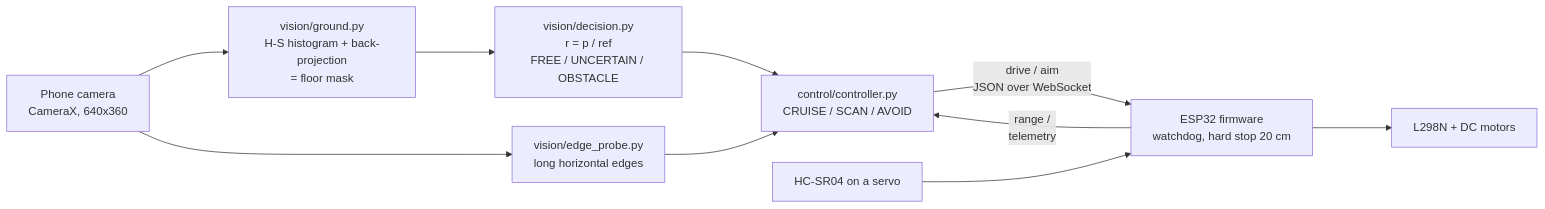
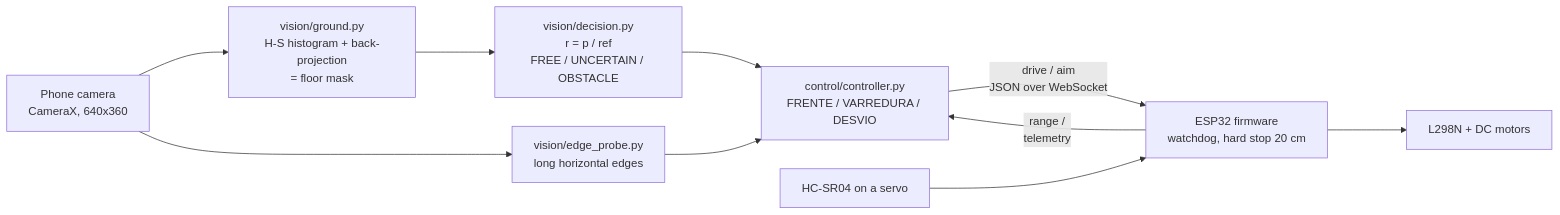
One commit to allvaret/esp32-self-driving-car changed the diagram in README.md. Above: the diagram before and after it, drawn with Mermaid. The commit also changed other lines of this file and 12 other files, not shown here.

First line of the commit message:
refactor(control): traduz os estados para português (FRENTE, VARREDURA, DESVIO)

````diff
--- a/README.md
+++ b/README.md
@@ -51,13 +51,13 @@
 ```mermaid
 %%{init: {"flowchart": {"nodeSpacing": 40, "rankSpacing": 110}}}%%
 flowchart LR
     CAM["Phone camera<br/>CameraX, 640x360"] --> G["vision/ground.py<br/>H-S histogram + back-projection<br/>= floor mask"]
     CAM --> E["vision/edge_probe.py<br/>long horizontal edges"]
     G --> D["vision/decision.py<br/>r = p / ref<br/>FREE / UNCERTAIN / OBSTACLE"]
-    D --> C["control/controller.py<br/>CRUISE / SCAN / AVOID"]
+    D --> C["control/controller.py<br/>FRENTE / VARREDURA / DESVIO"]
     E --> C
     C -- "drive / aim<br/>JSON over WebSocket" --> F["ESP32 firmware<br/>watchdog, hard stop 20 cm"]
     F -- "range /<br/>telemetry" --> C
     F --> M["L298N + DC motors"]
     S["HC-SR04 on a servo"] --> F
 ```
````
